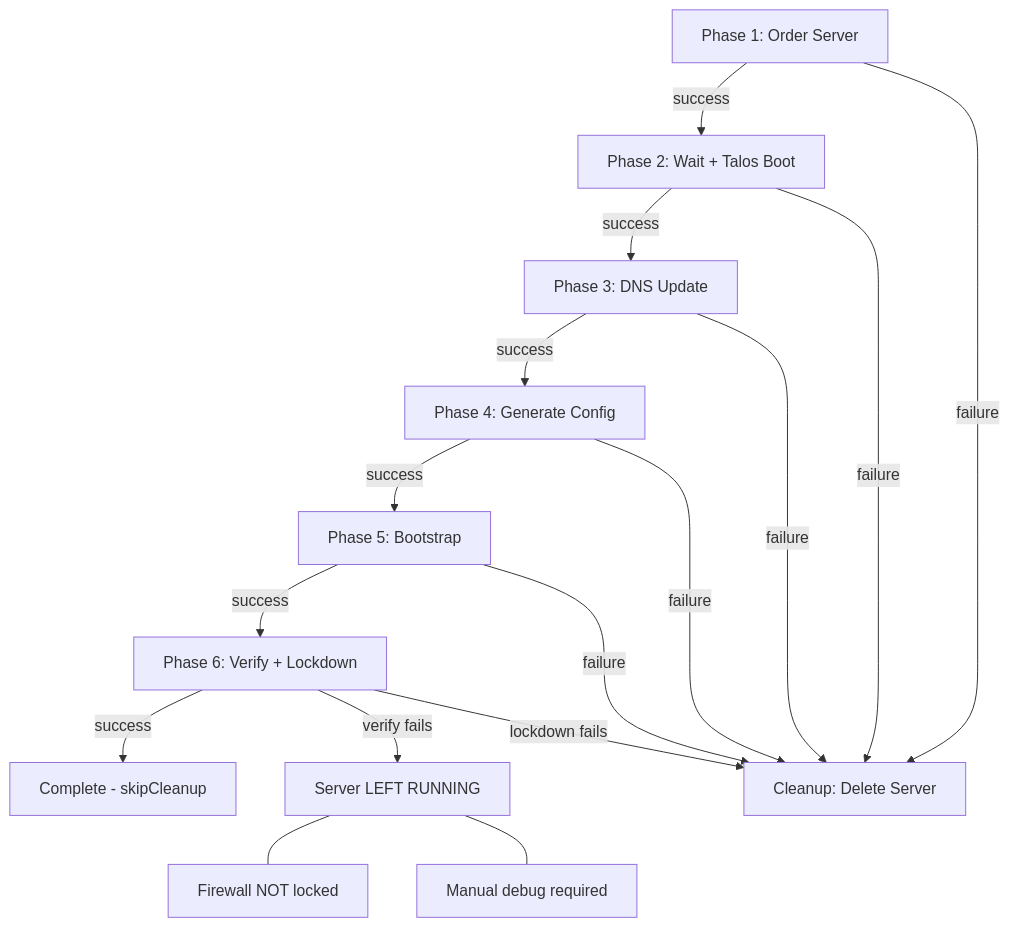
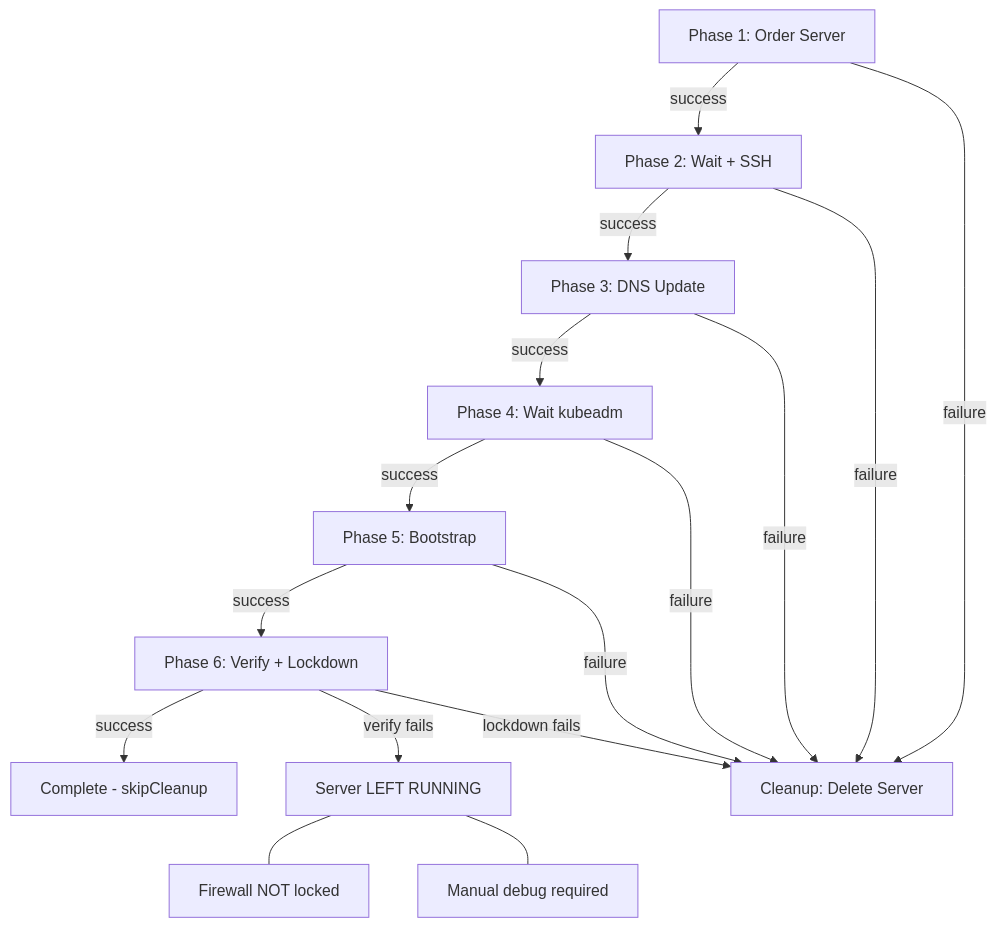
Before and after one commit to rawkode-academy/rawkode-academy: the third of 3 diagrams in projects/rawkode.cloud/README.md, drawn with Mermaid. The commit also changed other lines of this file and 29 other files, not shown here.

````diff
--- a/projects/rawkode.cloud/README.md
+++ b/projects/rawkode.cloud/README.md
@@ -242,21 +267,21 @@
 ```mermaid
 flowchart TD
-    P1["Phase 1: Order Server"] -->|success| P2["Phase 2: Wait + Talos Boot"]
+    P1["Phase 1: Order Server"] -->|success| P2["Phase 2: Wait + SSH"]
     P2 -->|success| P3["Phase 3: DNS Update"]
-    P3 -->|success| P4["Phase 4: Generate Config"]
+    P3 -->|success| P4["Phase 4: Wait kubeadm"]
     P4 -->|success| P5["Phase 5: Bootstrap"]
     P5 -->|success| P6["Phase 6: Verify + Lockdown"]
     P6 -->|success| Done["Complete - skipCleanup"]
 
     P1 -->|failure| C["Cleanup: Delete Server"]
     P2 -->|failure| C
     P3 -->|failure| C
     P4 -->|failure| C
     P5 -->|failure| C
 
     P6 -->|verify fails| NoClean["Server LEFT RUNNING"]
     NoClean --- Note1["Firewall NOT locked"]
     NoClean --- Note2["Manual debug required"]
 
     P6 -->|lockdown fails| C
 ```
````
